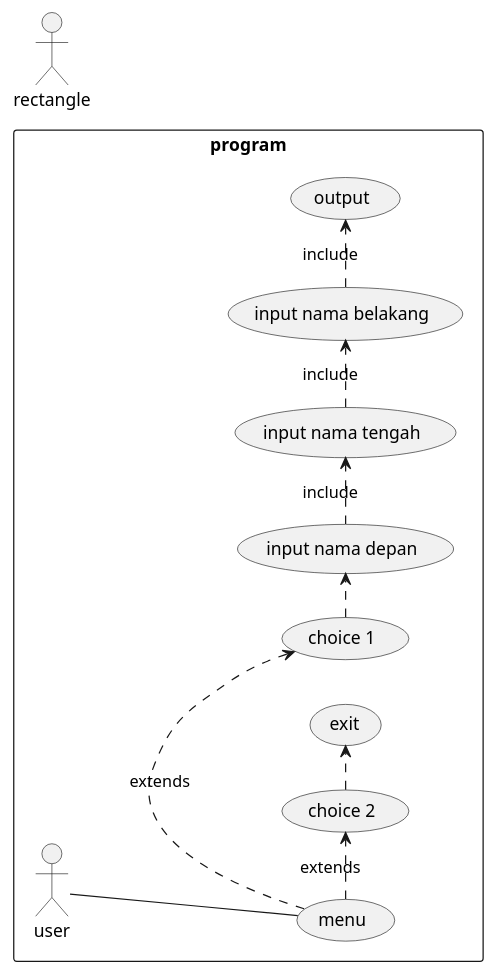
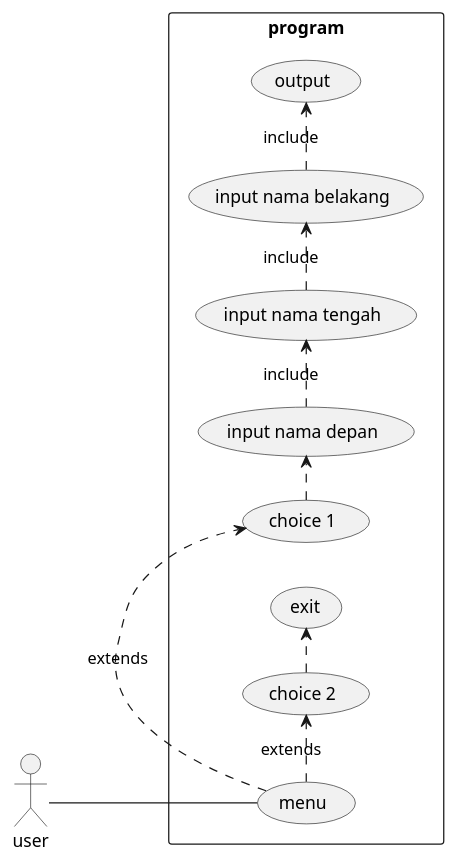
One commit to Arthur130719/bhs_pemrograman changed the diagram in pert6/test.puml. Above: the diagram before and after it, drawn with PlantUML. The commit also changed 2 other files, not shown here.

```diff
--- a/pert6/test.puml
+++ b/pert6/test.puml
@@ -1,16 +1,16 @@
 @startumlsample
 
 left to right direction
 
-actor rectangle
+actor user
 rectangle program {
     user -- (menu)
     (menu) .> (choice 1) : extends
     (menu) .> (choice 2) : extends
     (choice 2) .> (exit)
     (choice 1) .> (input nama depan)
     (input nama depan) ._> (input nama tengah) : include 
     (input nama tengah) ._> (input nama belakang) : include
     (input nama belakang) ._> (output) : include
 }
 @endmul
```
